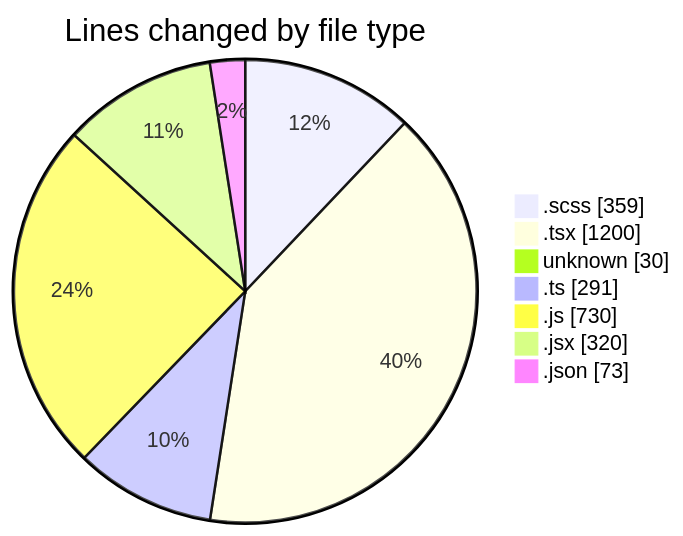
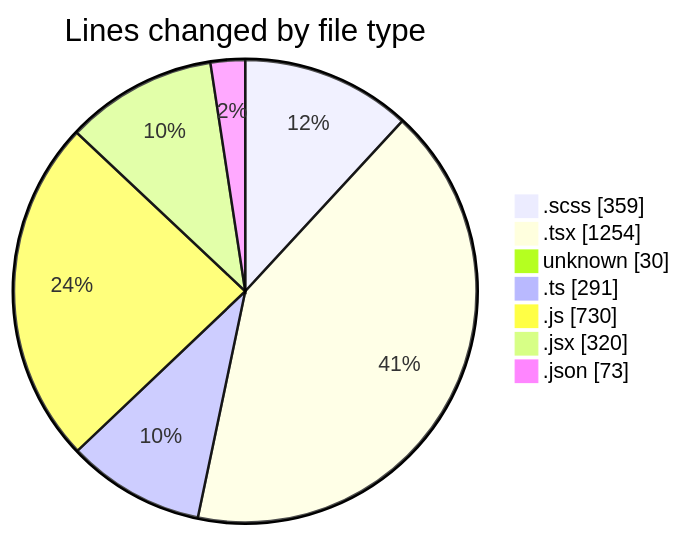
The first of 2 diagrams in 2025-03-05/cda/README.md (momahboobian/code-tracking), drawn with Mermaid before and after one commit. The commit also changed other lines of this file and 1 other file, not shown here.

````diff
--- a/2025-03-05/cda/README.md
+++ b/2025-03-05/cda/README.md
@@ -45,11 +45,11 @@
 ```mermaid
 pie showData
 title Lines changed by file type
 ".scss" : 359
-".tsx" : 1200
+".tsx" : 1254
 "unknown" : 30
 ".ts" : 291
 ".js" : 730
 ".jsx" : 320
 ".json" : 73
 ```
````
